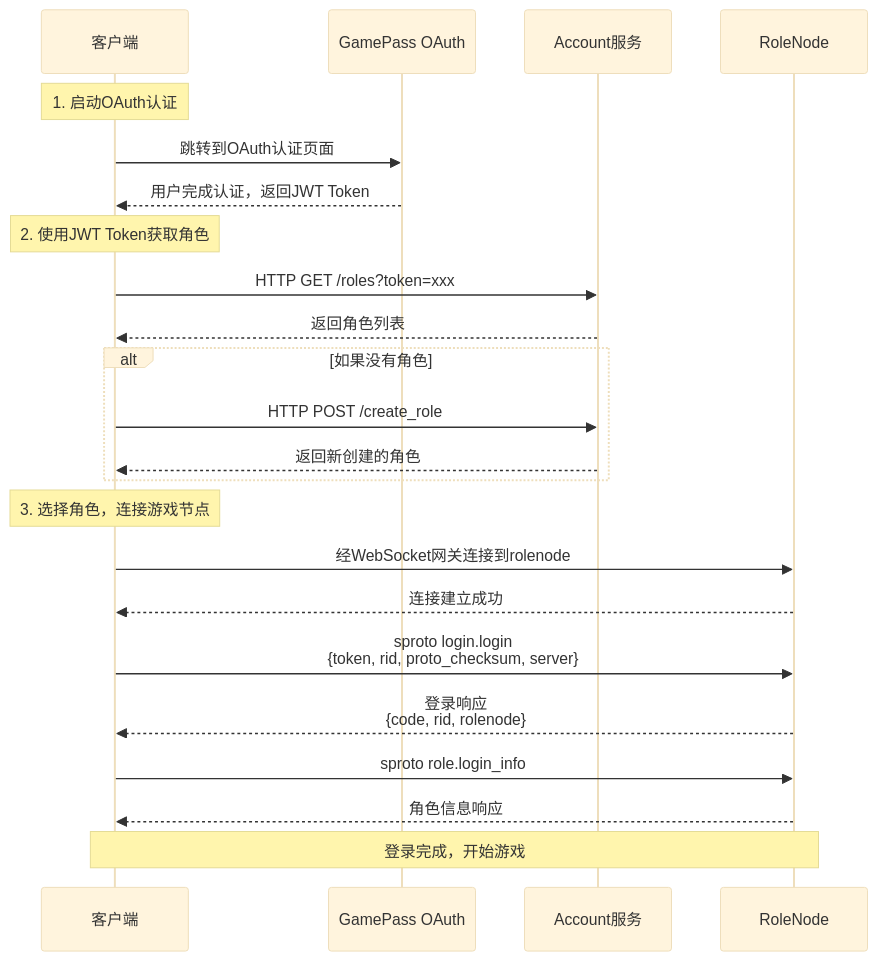
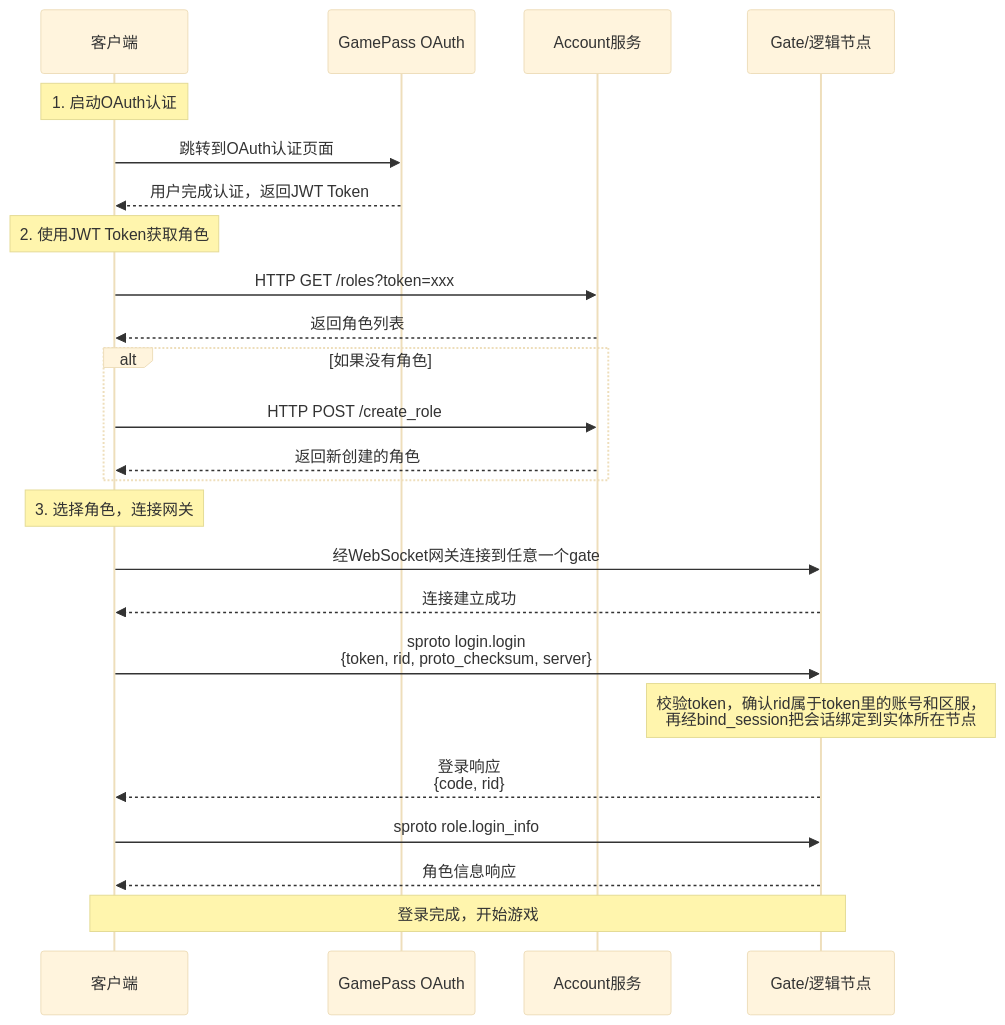
Before and after one commit to hanxi/skyext: the fifth of 6 diagrams in docs/guide/login_diagram.md, drawn with Mermaid (base theme). The commit also changed other lines of this file and 8 other files, not shown here.

````diff
--- a/docs/guide/login_diagram.md
+++ b/docs/guide/login_diagram.md
@@ -165,32 +170,33 @@
 ```mermaid
 sequenceDiagram
     participant C as 客户端
     participant GP as GamePass OAuth
     participant A as Account服务
-    participant R as RoleNode
+    participant R as Gate/逻辑节点
 
     Note over C: 1. 启动OAuth认证
     C->>GP: 跳转到OAuth认证页面
     GP-->>C: 用户完成认证，返回JWT Token
 
     Note over C: 2. 使用JWT Token获取角色
     C->>A: HTTP GET /roles?token=xxx
     A-->>C: 返回角色列表
 
     alt 如果没有角色
         C->>A: HTTP POST /create_role
         A-->>C: 返回新创建的角色
     end
 
-    Note over C: 3. 选择角色，连接游戏节点
-    C->>R: 经WebSocket网关连接到rolenode
+    Note over C: 3. 选择角色，连接网关
+    C->>R: 经WebSocket网关连接到任意一个gate
     R-->>C: 连接建立成功
 
     C->>R: sproto login.login<br/>{token, rid, proto_checksum, server}
-    R-->>C: 登录响应<br/>{code, rid, rolenode}
+    Note over R: 校验token，确认rid属于token里的账号和区服，<br/>再经bind_session把会话绑定到实体所在节点
+    R-->>C: 登录响应<br/>{code, rid}
 
     C->>R: sproto role.login_info
     R-->>C: 角色信息响应
 
     Note over C,R: 登录完成，开始游戏
 ```
````
